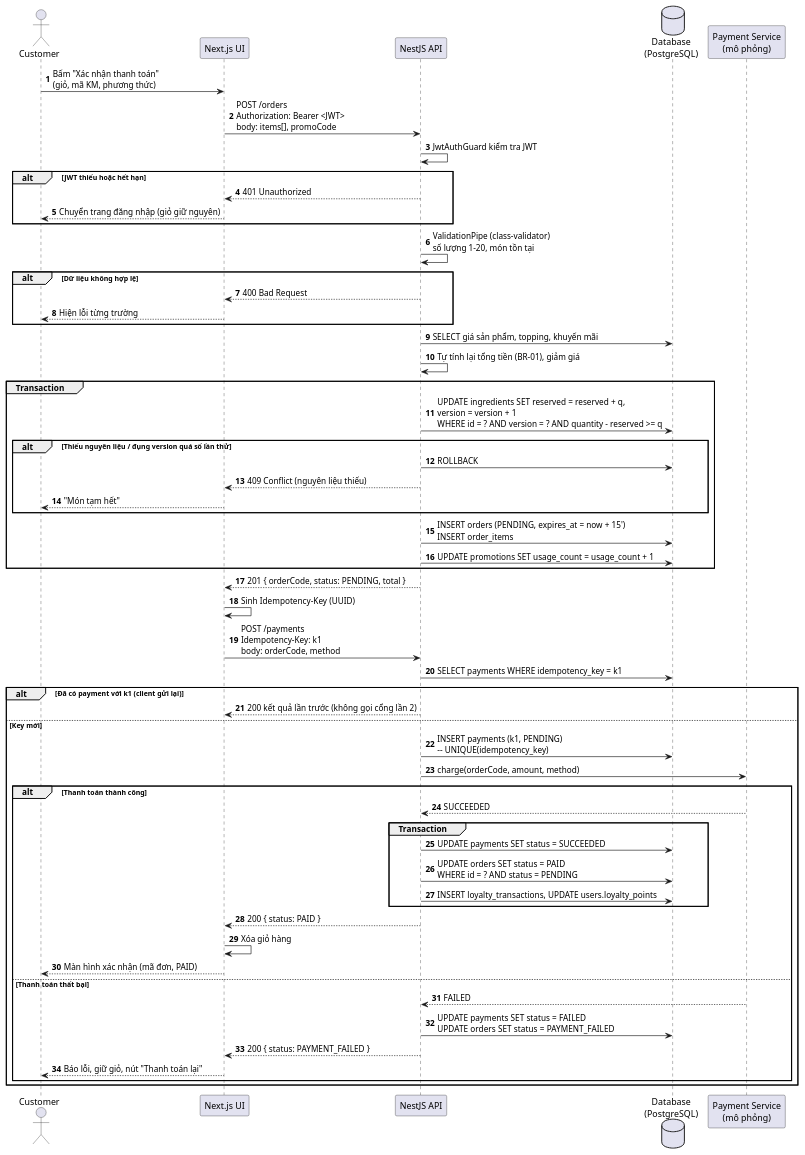
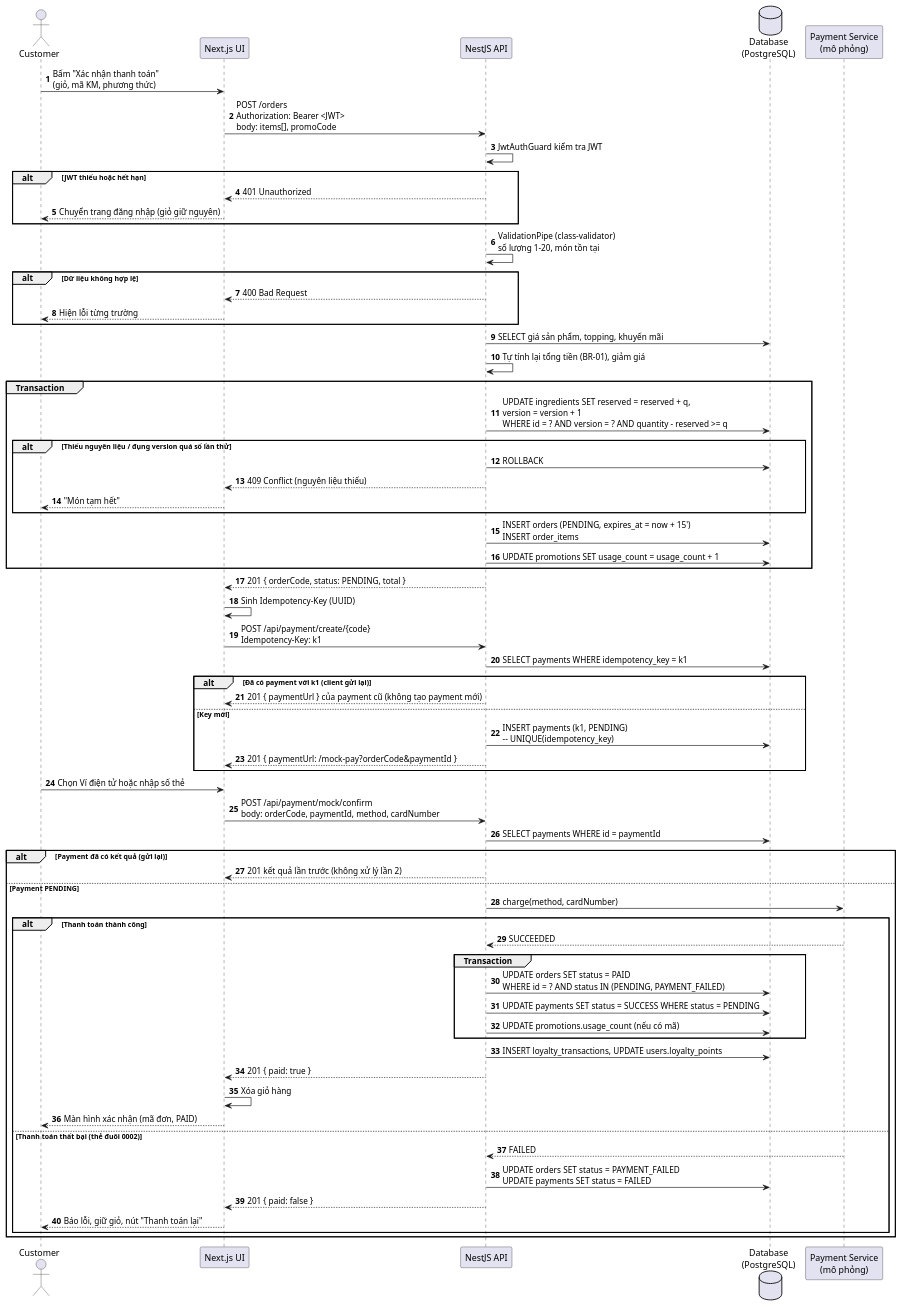
One commit to dinh-hung-116/BrewLite-Assignment2 changed the diagram in docs/diagrams/sequence-checkout.puml. Above: the diagram before and after it, drawn with PlantUML. The commit also changed 8 other files, not shown here.

```diff
--- a/docs/diagrams/sequence-checkout.puml
+++ b/docs/diagrams/sequence-checkout.puml
@@ -1,62 +1,71 @@
 @startuml sequence-checkout
 ' Sequence diagram cho UC-06 + UC-08 Đặt và thanh toán (Task 2.2)
 skinparam shadowing false
 autonumber
 actor Customer
 participant "Next.js UI" as UI
 participant "NestJS API" as API
 database "Database\n(PostgreSQL)" as DB
 participant "Payment Service\n(mô phỏng)" as PAY
 
 Customer -> UI : Bấm "Xác nhận thanh toán"\n(giỏ, mã KM, phương thức)
 UI -> API : POST /orders\nAuthorization: Bearer <JWT>\nbody: items[], promoCode
 API -> API : JwtAuthGuard kiểm tra JWT
 alt JWT thiếu hoặc hết hạn
   API --> UI : 401 Unauthorized
   UI --> Customer : Chuyển trang đăng nhập (giỏ giữ nguyên)
 end
 API -> API : ValidationPipe (class-validator)\nsố lượng 1–20, món tồn tại
 alt Dữ liệu không hợp lệ
   API --> UI : 400 Bad Request
   UI --> Customer : Hiện lỗi từng trường
 end
 API -> DB : SELECT giá sản phẩm, topping, khuyến mãi
 API -> API : Tự tính lại tổng tiền (BR-01), giảm giá
 group Transaction
   API -> DB : UPDATE ingredients SET reserved = reserved + q,\nversion = version + 1\nWHERE id = ? AND version = ? AND quantity - reserved >= q
   alt Thiếu nguyên liệu / đụng version quá số lần thử
     API -> DB : ROLLBACK
     API --> UI : 409 Conflict (nguyên liệu thiếu)
     UI --> Customer : "Món tạm hết"
   end
   API -> DB : INSERT orders (PENDING, expires_at = now + 15')\nINSERT order_items
   API -> DB : UPDATE promotions SET usage_count = usage_count + 1
 end
 API --> UI : 201 { orderCode, status: PENDING, total }
 
 UI -> UI : Sinh Idempotency-Key (UUID)
-UI -> API : POST /payments\nIdempotency-Key: k1\nbody: orderCode, method
+UI -> API : POST /api/payment/create/{code}\nIdempotency-Key: k1
 API -> DB : SELECT payments WHERE idempotency_key = k1
 alt Đã có payment với k1 (client gửi lại)
-  API --> UI : 200 kết quả lần trước (không gọi cổng lần 2)
+  API --> UI : 201 { paymentUrl } của payment cũ (không tạo payment mới)
 else Key mới
   API -> DB : INSERT payments (k1, PENDING)\n-- UNIQUE(idempotency_key)
-  API -> PAY : charge(orderCode, amount, method)
+  API --> UI : 201 { paymentUrl: /mock-pay?orderCode&paymentId }
+end
+Customer -> UI : Chọn Ví điện tử hoặc nhập số thẻ
+UI -> API : POST /api/payment/mock/confirm\nbody: orderCode, paymentId, method, cardNumber
+API -> DB : SELECT payments WHERE id = paymentId
+alt Payment đã có kết quả (gửi lại)
+  API --> UI : 201 kết quả lần trước (không xử lý lần 2)
+else Payment PENDING
+  API -> PAY : charge(method, cardNumber)
   alt Thanh toán thành công
     PAY --> API : SUCCEEDED
     group Transaction
-      API -> DB : UPDATE payments SET status = SUCCEEDED
-      API -> DB : UPDATE orders SET status = PAID\nWHERE id = ? AND status = PENDING
-      API -> DB : INSERT loyalty_transactions, UPDATE users.loyalty_points
+      API -> DB : UPDATE orders SET status = PAID\nWHERE id = ? AND status IN (PENDING, PAYMENT_FAILED)
+      API -> DB : UPDATE payments SET status = SUCCESS WHERE status = PENDING
+      API -> DB : UPDATE promotions.usage_count (nếu có mã)
     end
-    API --> UI : 200 { status: PAID }
+    API -> DB : INSERT loyalty_transactions, UPDATE users.loyalty_points
+    API --> UI : 201 { paid: true }
     UI -> UI : Xóa giỏ hàng
     UI --> Customer : Màn hình xác nhận (mã đơn, PAID)
-  else Thanh toán thất bại
+  else Thanh toán thất bại (thẻ đuôi 0002)
     PAY --> API : FAILED
-    API -> DB : UPDATE payments SET status = FAILED\nUPDATE orders SET status = PAYMENT_FAILED
-    API --> UI : 200 { status: PAYMENT_FAILED }
+    API -> DB : UPDATE orders SET status = PAYMENT_FAILED\nUPDATE payments SET status = FAILED
+    API --> UI : 201 { paid: false }
     UI --> Customer : Báo lỗi, giữ giỏ, nút "Thanh toán lại"
   end
 end
 @enduml
```
